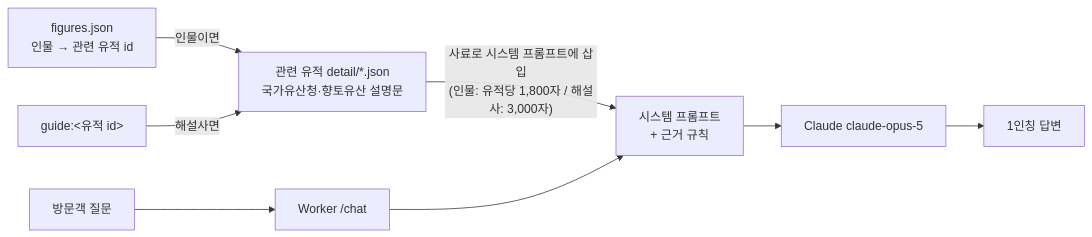
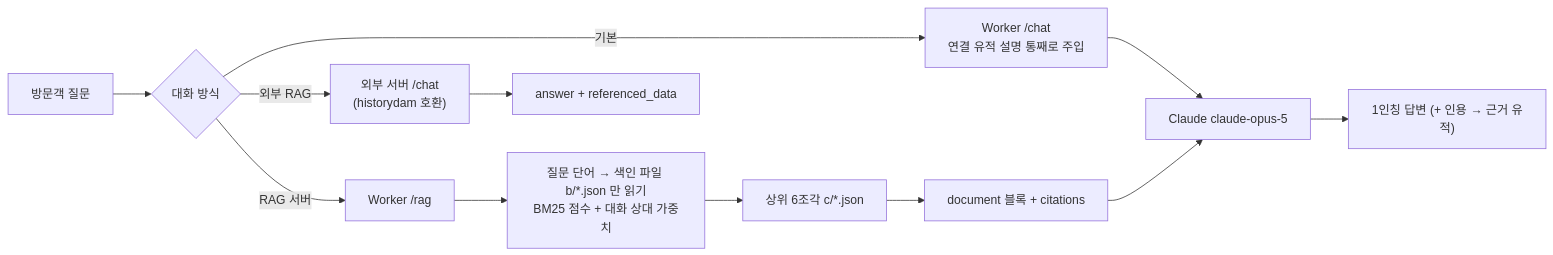
The fourth of 4 diagrams in README.md (Hanbyeol5/arHeritage), drawn with Mermaid before and after one commit. The commit also changed other lines of this file, not shown here.

Commit message:
README: RAG 서버 선택(내장 BM25 RAG·외부 historydam 호환) 문서화

````diff
--- a/README.md
+++ b/README.md
@@ -387,8 +405,14 @@
 ```mermaid
 flowchart LR
-  Q["방문객 질문"] --> W["Worker /chat"]
-  F["figures.json<br/>인물 → 관련 유적 id"] -->|인물이면| R["관련 유적 detail/*.json<br/>국가유산청·향토유산 설명문"]
-  G["guide:&lt;유적 id&gt;"] -->|해설사면| R
-  R -->|"사료로 시스템 프롬프트에 삽입<br/>(인물: 유적당 1,800자 / 해설사: 3,000자)"| P["시스템 프롬프트<br/>+ 근거 규칙"]
-  W --> P --> C["Claude claude-opus-5"] --> A["1인칭 답변"]
+  Q["방문객 질문"] --> M{"대화 방식"}
+  M -->|기본| C1["Worker /chat<br/>연결 유적 설명 통째로 주입"]
+  M -->|RAG 서버| R1["Worker /rag"]
+  M -->|외부 RAG| X1["외부 서버 /chat<br/>(historydam 호환)"]
+  R1 --> S["질문 단어 → 색인 파일 b/*.json 만 읽기<br/>BM25 점수 + 대화 상대 가중치"]
+  S --> K["상위 6조각 c/*.json"]
+  K --> D["document 블록 + citations"]
+  C1 --> CL["Claude claude-opus-5"]
+  D --> CL
+  CL --> A["1인칭 답변 (+ 인용 → 근거 유적)"]
+  X1 --> A2["answer + referenced_data"]
 ```
````
